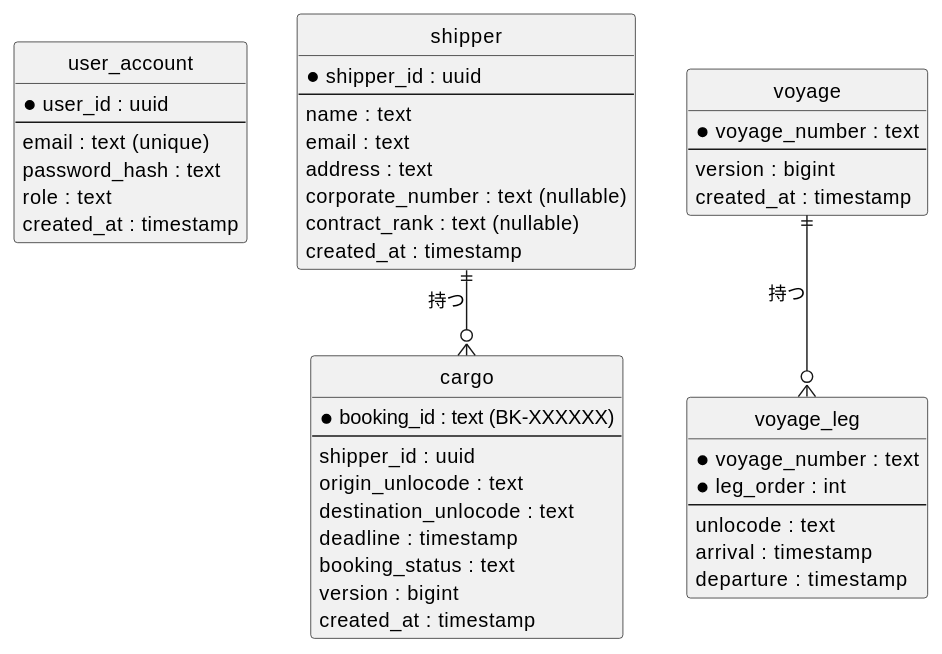
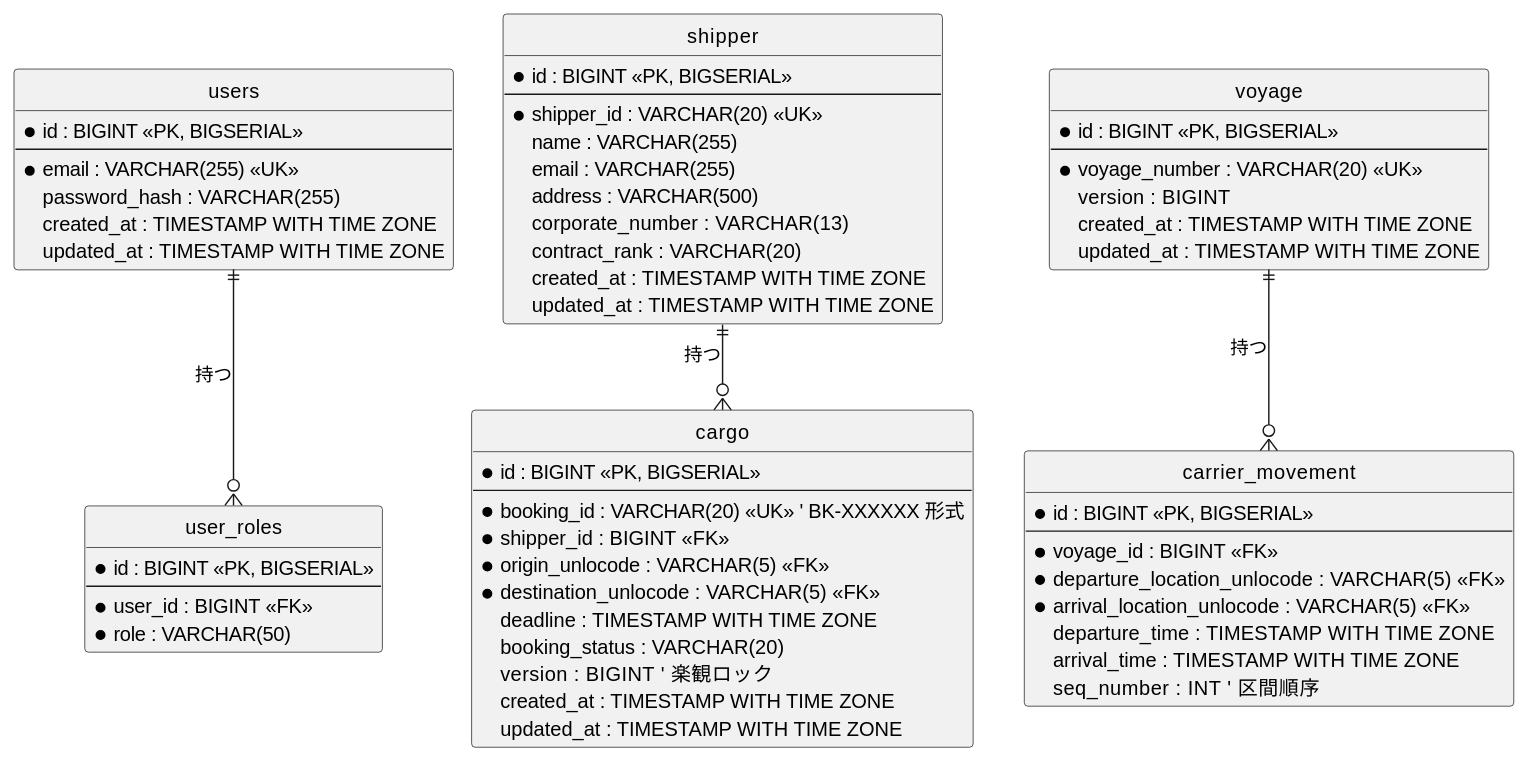
The fourth of 4 diagrams in docs/development/iteration_plan-1.md (k2works/case-study-cargo-tracker), drawn with PlantUML before and after one commit. The commit also changed other lines of this file, not shown here.

Commit message:
fix(release): IT1 計画を validating-iteration-plan の検証結果で修正
整合性検証で 9 件の不整合が見つかったため修正。

テンプレート準拠 (4 件):
- 依存関係とリスク → リスクと対策
- 完了の定義 → 完了条件
- 参照 → 関連ドキュメント
- 更新履歴を追加
- タスクをユーザーストーリーの下位セクションに移動

ドメインモデル整合 (2 件):
- Voyage の構成を Itinerary+Leg から CarrierMovement に修正
  (domain-model.md 準拠、Leg は Cargo 側の CargoItinerary)
- BookingStatus を Draft/Submitted の 2 値から 5 値
  (Draft/Submitted/RouteProposed/Confirmed/Closed) に拡張

データモデル整合 (3 件、最重要):
- cargo / voyage / 旧 voyage_leg を BIGSERIAL PK + UK 規約に修正
- 旧 voyage_leg を carrier_movement に置き換え (FK は voyage_id BIGINT)
- TIMESTAMP WITH TIME ZONE / VARCHAR(n) など PostgreSQL ネイティブ
  型表記に統一 (data-model.md §3 規約)

注記 (2 件):
- AUTH は user_story.md に未掲載の横断機能であることを明記
- 設計ドキュメント (domain-model.md / data-model.md) を正とし、計画側を
  合わせる方針

````diff
--- a/docs/development/iteration_plan-1.md
+++ b/docs/development/iteration_plan-1.md
@@ -308,58 +314,75 @@
 ```plantuml
 @startuml
 hide circle
 skinparam linetype ortho
 
-entity "user_account" as ua {
-    *user_id : uuid
+' data-model.md 規約: PK は BIGSERIAL の id、業務キーは UK で別途定義
+entity "users" as ua {
+    * id : BIGINT <<PK, BIGSERIAL>>
     --
-    email : text (unique)
-    password_hash : text
-    role : text
-    created_at : timestamp
+    * email : VARCHAR(255) <<UK>>
+    password_hash : VARCHAR(255)
+    created_at : TIMESTAMP WITH TIME ZONE
+    updated_at : TIMESTAMP WITH TIME ZONE
+}
+
+entity "user_roles" as ur {
+    * id : BIGINT <<PK, BIGSERIAL>>
+    --
+    * user_id : BIGINT <<FK>>
+    * role : VARCHAR(50)
 }
 
 entity "shipper" as sh {
-    *shipper_id : uuid
+    * id : BIGINT <<PK, BIGSERIAL>>
     --
-    name : text
-    email : text
-    address : text
-    corporate_number : text (nullable)
-    contract_rank : text (nullable)
-    created_at : timestamp
+    * shipper_id : VARCHAR(20) <<UK>>
+    name : VARCHAR(255)
+    email : VARCHAR(255)
+    address : VARCHAR(500)
+    corporate_number : VARCHAR(13)
+    contract_rank : VARCHAR(20)
+    created_at : TIMESTAMP WITH TIME ZONE
+    updated_at : TIMESTAMP WITH TIME ZONE
 }
 
 entity "cargo" as ca {
-    *booking_id : text (BK-XXXXXX)
+    * id : BIGINT <<PK, BIGSERIAL>>
     --
-    shipper_id : uuid
-    origin_unlocode : text
-    destination_unlocode : text
-    deadline : timestamp
-    booking_status : text
-    version : bigint
-    created_at : timestamp
+    * booking_id : VARCHAR(20) <<UK>>  ' BK-XXXXXX 形式
+    * shipper_id : BIGINT <<FK>>
+    * origin_unlocode : VARCHAR(5) <<FK>>
+    * destination_unlocode : VARCHAR(5) <<FK>>
+    deadline : TIMESTAMP WITH TIME ZONE
+    booking_status : VARCHAR(20)
+    version : BIGINT  ' 楽観ロック
+    created_at : TIMESTAMP WITH TIME ZONE
+    updated_at : TIMESTAMP WITH TIME ZONE
 }
 
 entity "voyage" as vo {
-    *voyage_number : text
+    * id : BIGINT <<PK, BIGSERIAL>>
     --
-    version : bigint
-    created_at : timestamp
+    * voyage_number : VARCHAR(20) <<UK>>
+    version : BIGINT
+    created_at : TIMESTAMP WITH TIME ZONE
+    updated_at : TIMESTAMP WITH TIME ZONE
 }
 
-entity "voyage_leg" as vl {
-    *voyage_number : text
-    *leg_order : int
+entity "carrier_movement" as cm {
+    * id : BIGINT <<PK, BIGSERIAL>>
     --
-    unlocode : text
-    arrival : timestamp
-    departure : timestamp
+    * voyage_id : BIGINT <<FK>>
+    * departure_location_unlocode : VARCHAR(5) <<FK>>
+    * arrival_location_unlocode : VARCHAR(5) <<FK>>
+    departure_time : TIMESTAMP WITH TIME ZONE
+    arrival_time : TIMESTAMP WITH TIME ZONE
+    seq_number : INT  ' 区間順序
 }
 
+ua ||--o{ ur : 持つ
 sh ||--o{ ca : 持つ
-vo ||--o{ vl : 持つ
+vo ||--o{ cm : 持つ
 
 @enduml
 ```
````
